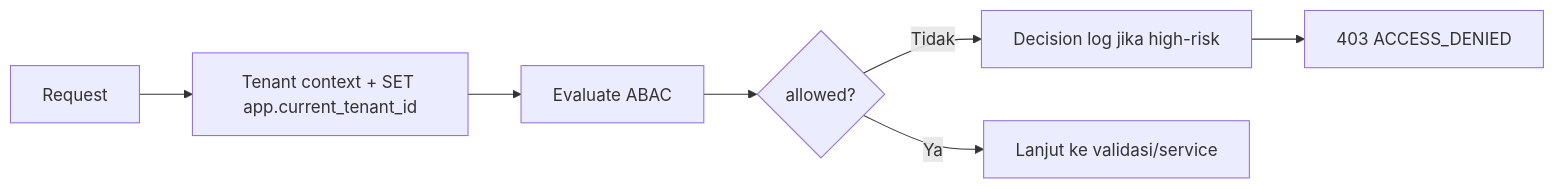
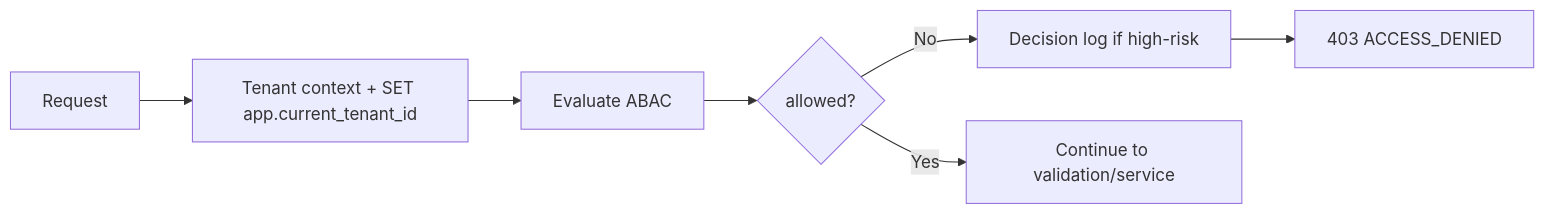
One commit to ahliweb/awcms changed the diagram in .claude/skills/awcms-abac-guard/SKILL.md. Above: the diagram before and after it, drawn with Mermaid. The commit also changed other lines of this file and 603 other files, not shown here.

````diff
--- a/.claude/skills/awcms-abac-guard/SKILL.md
+++ b/.claude/skills/awcms-abac-guard/SKILL.md
@@ -156,6 +157,6 @@
 ```mermaid
 flowchart LR
   Req[Request] --> Ctx[Tenant context + SET app.current_tenant_id] --> Eval[Evaluate ABAC] --> D{allowed?}
-  D -- Tidak --> Log[Decision log jika high-risk] --> Deny[403 ACCESS_DENIED]
-  D -- Ya --> Next[Lanjut ke validasi/service]
+  D -- No --> Log[Decision log if high-risk] --> Deny[403 ACCESS_DENIED]
+  D -- Yes --> Next[Continue to validation/service]
 ```
````
